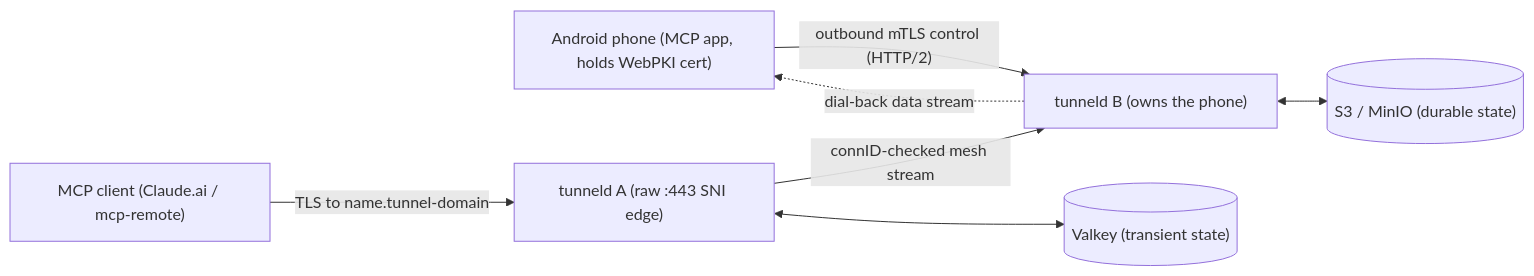
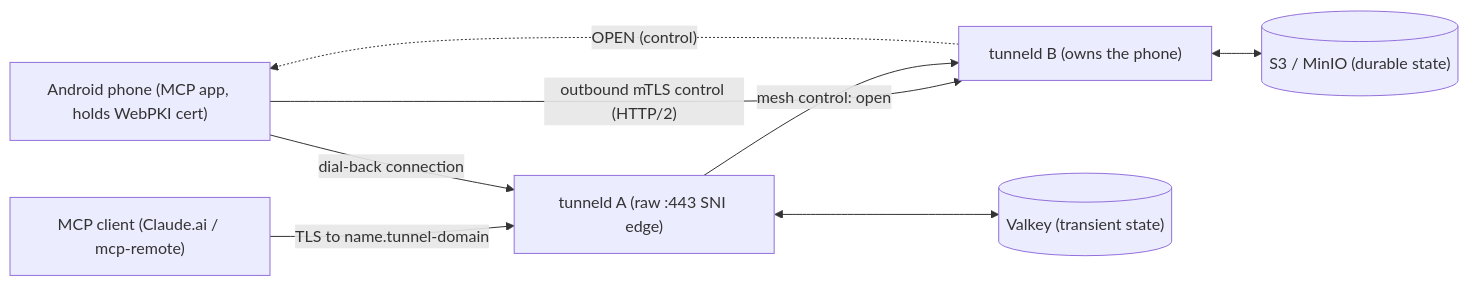
The diagram in README.md (danielealbano/android-remote-control-mcp-tunneld), drawn with Mermaid before and after one commit. The commit also changed other lines of this file and 6 other files, not shown here.

Commit message:
docs(docs): wire protocol v2 — entry-node dial-back, control-only mesh, sorted-set stream cap, operator notes

````diff
--- a/README.md
+++ b/README.md
@@ -15,16 +15,17 @@
 ```mermaid
 flowchart LR
   phone["Android phone (MCP app, holds WebPKI cert)"]
   client["MCP client (Claude.ai / mcp-remote)"]
   ta["tunneld A (raw :443 SNI edge)"]
   tb["tunneld B (owns the phone)"]
   valkey[("Valkey (transient state)")]
   s3[("S3 / MinIO (durable state)")]
 
   phone -- "outbound mTLS control (HTTP/2)" --> tb
   client -- "TLS to name.tunnel-domain" --> ta
-  ta -- "connID-checked mesh stream" --> tb
-  tb -. "dial-back data stream" .-> phone
+  ta -- "mesh control: open" --> tb
+  tb -. "OPEN (control)" .-> phone
+  phone -- "dial-back connection" --> ta
   ta <--> valkey
   tb <--> s3
 ```
````
